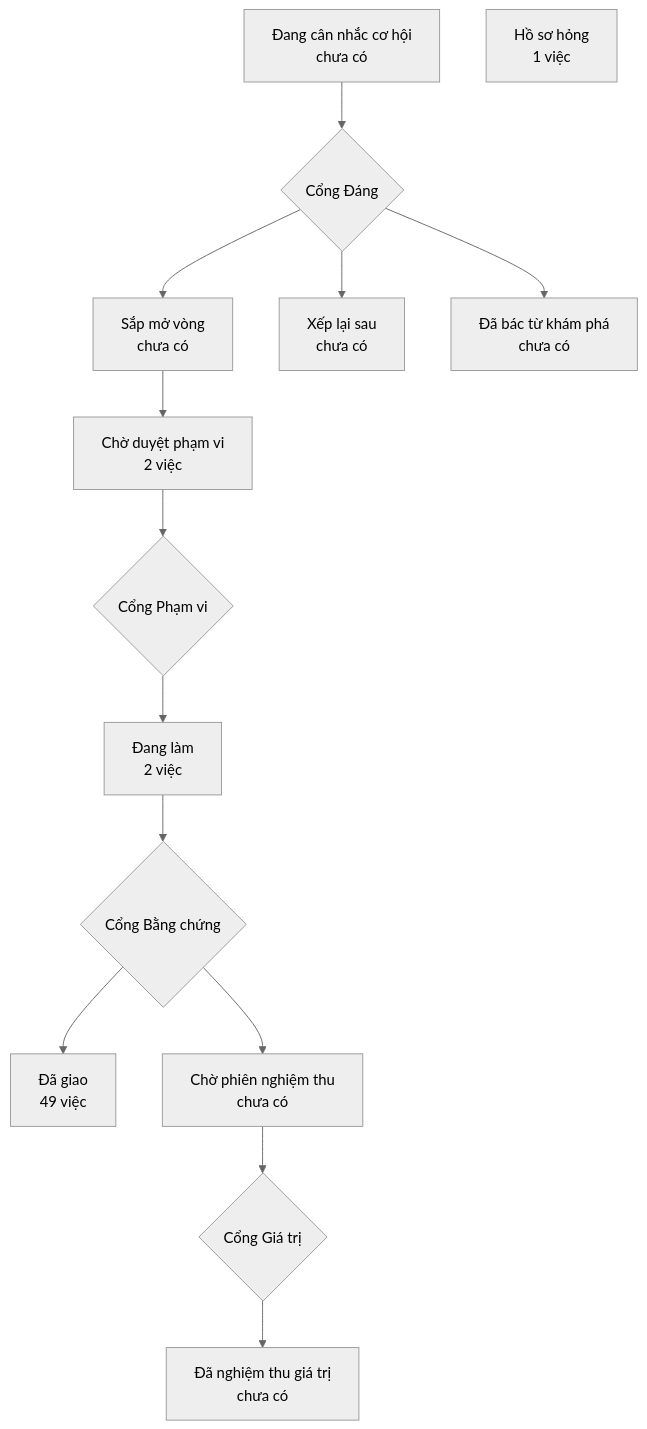
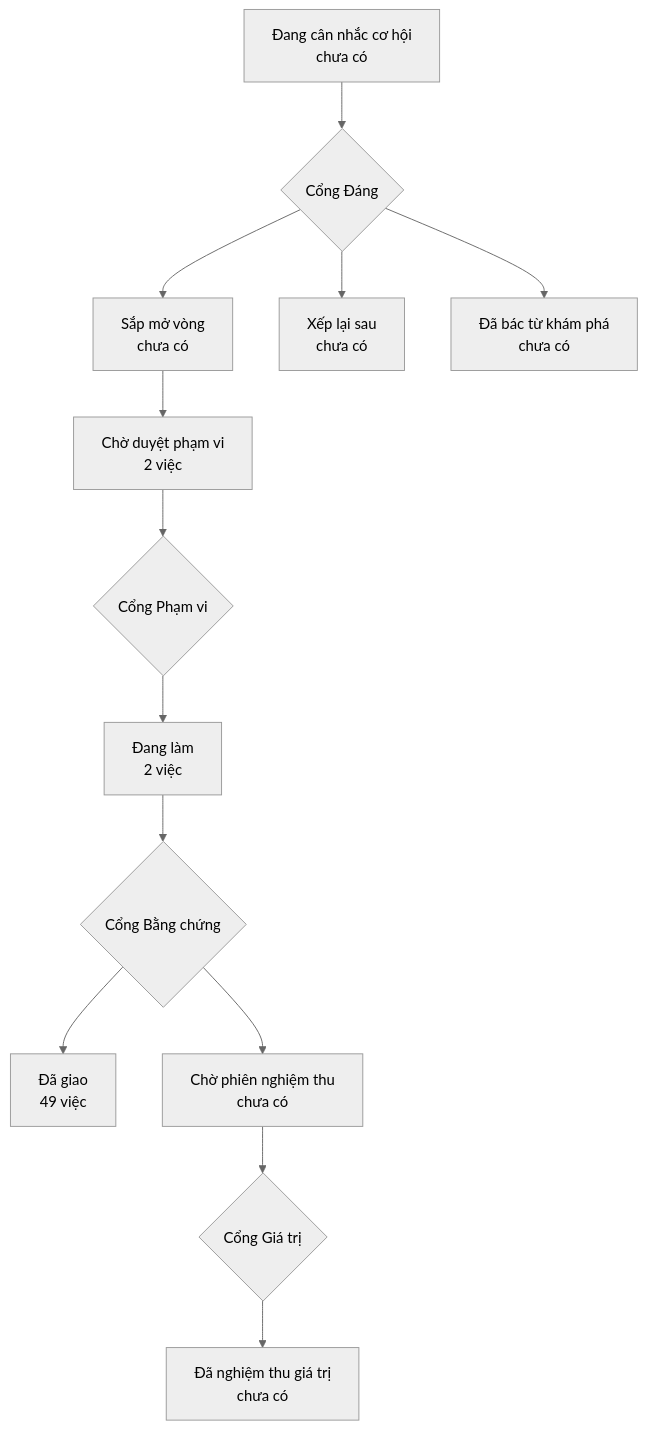
One commit to phanlemanh/acceptance-gate-kit changed the diagram in PRODUCT-MAP.md. Above: the diagram before and after it, drawn with Mermaid (neutral theme). The commit also changed other lines of this file, not shown here.

Commit message:
chore(map): vẽ lại bản đồ trên cây sạch — mục «hồ sơ hỏng» là rác card.html mồ côi chỉ có ở máy local, không có trong git

````diff
--- a/PRODUCT-MAP.md
+++ b/PRODUCT-MAP.md
@@ -6,13 +6,12 @@
 ```mermaid
 flowchart TD
   A["Đang cân nhắc cơ hội<br/>chưa có"] --> GD{"Cổng Đáng"}
   GD --> B["Sắp mở vòng<br/>chưa có"]
   GD --> XL["Xếp lại sau<br/>chưa có"]
   GD --> DB["Đã bác từ khám phá<br/>chưa có"]
   B --> CD["Chờ duyệt phạm vi<br/>2 việc"] --> GP{"Cổng Phạm vi"}
   GP --> DL["Đang làm<br/>2 việc"] --> GB{"Cổng Bằng chứng"}
   GB --> DG["Đã giao<br/>49 việc"]
   GB --> CN["Chờ phiên nghiệm thu<br/>chưa có"] --> GG{"Cổng Giá trị"}
   GG --> NT["Đã nghiệm thu giá trị<br/>chưa có"]
-  HS["Hồ sơ hỏng<br/>1 việc"]
 ```
````
